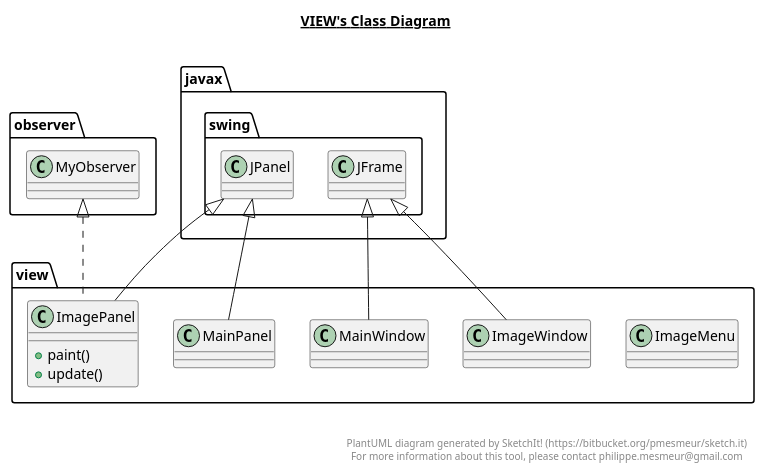
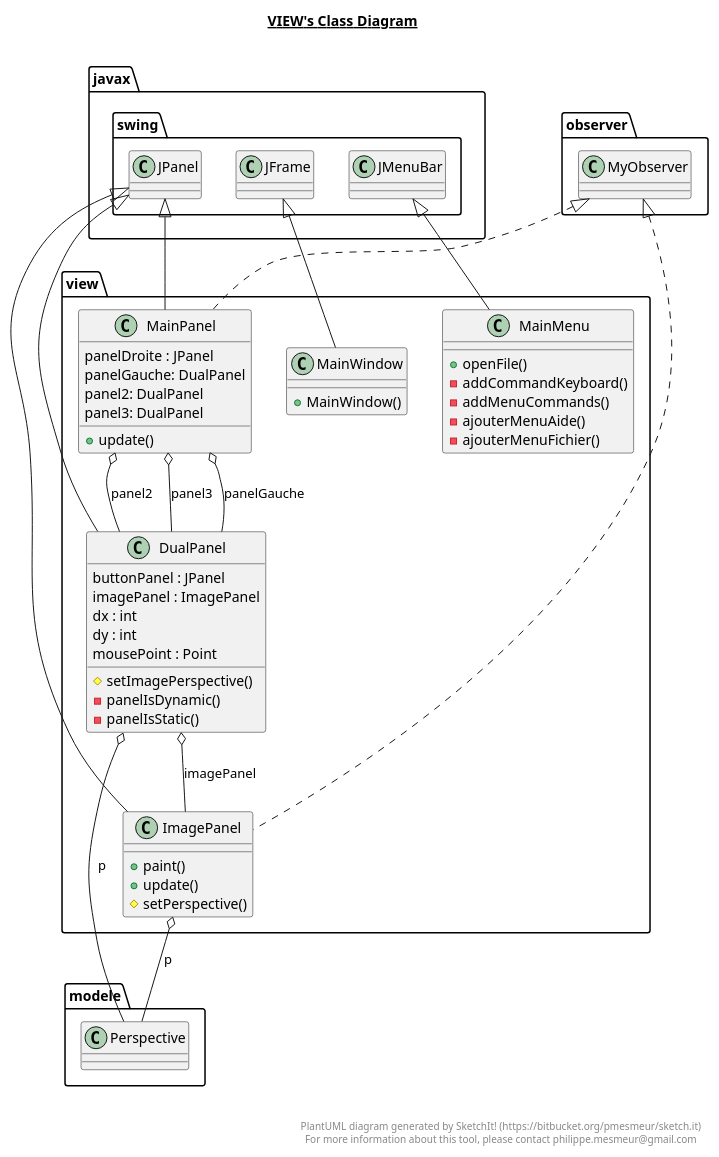
One commit to ThoLavergne/LOG121Lab3 changed the diagram in out/production/LOG121Lab3/view/view.plantuml. Above: the diagram before and after it, drawn with PlantUML. The commit also changed 59 other files, not shown here.

```diff
--- a/out/production/LOG121Lab3/view/view.plantuml
+++ b/out/production/LOG121Lab3/view/view.plantuml
@@ -1,51 +1,79 @@
 @startuml
 
 title __VIEW's Class Diagram__\n
 
   namespace view {
-    class view.ImageMenu {
+    class view.DualPanel {
+        buttonPanel : JPanel
+        imagePanel : ImagePanel
+        dx : int
+        dy : int
+        mousePoint : Point
+        # setImagePerspective()
+        - panelIsDynamic()
+        - panelIsStatic()
     }
   }
   
 
   namespace view {
     class view.ImagePanel {
         + paint()
         + update()
+        # setPerspective()
     }
   }
   
 
   namespace view {
-    class view.ImageWindow {
+    class view.MainMenu {
+        + openFile()
+        - addCommandKeyboard()
+        - addMenuCommands()
+        - ajouterMenuAide()
+        - ajouterMenuFichier()
     }
   }
   
 
   namespace view {
     class view.MainPanel {
+        panelDroite : JPanel
+        panelGauche: DualPanel
+        panel2: DualPanel
+        panel3: DualPanel
+        + update()
     }
   }
   
 
   namespace view {
     class view.MainWindow {
+        + MainWindow()
     }
   }
   
 
+  view.DualPanel -up-|> javax.swing.JPanel
+  view.DualPanel o-- view.ImagePanel : imagePanel
+  view.DualPanel o-- modele.Perspective : p
   view.ImagePanel .up.|> observer.MyObserver
   view.ImagePanel -up-|> javax.swing.JPanel
-  view.ImageWindow -up-|> javax.swing.JFrame
+  view.ImagePanel o-- modele.Perspective : p
+  view.MainMenu -up-|> javax.swing.JMenuBar
+  view.MainPanel .up.|> observer.MyObserver
   view.MainPanel -up-|> javax.swing.JPanel
+  view.MainPanel o-- view.DualPanel : panel2
+  view.MainPanel o-- view.DualPanel : panel3
+  view.MainPanel o-- view.DualPanel : panelGauche
   view.MainWindow -up-|> javax.swing.JFrame
 
 
 right footer
 
 
 PlantUML diagram generated by SketchIt! (https://bitbucket.org/pmesmeur/sketch.it)
 For more information about this tool, please contact philippe.mesmeur@gmail.com
 endfooter
 
 @enduml
```
